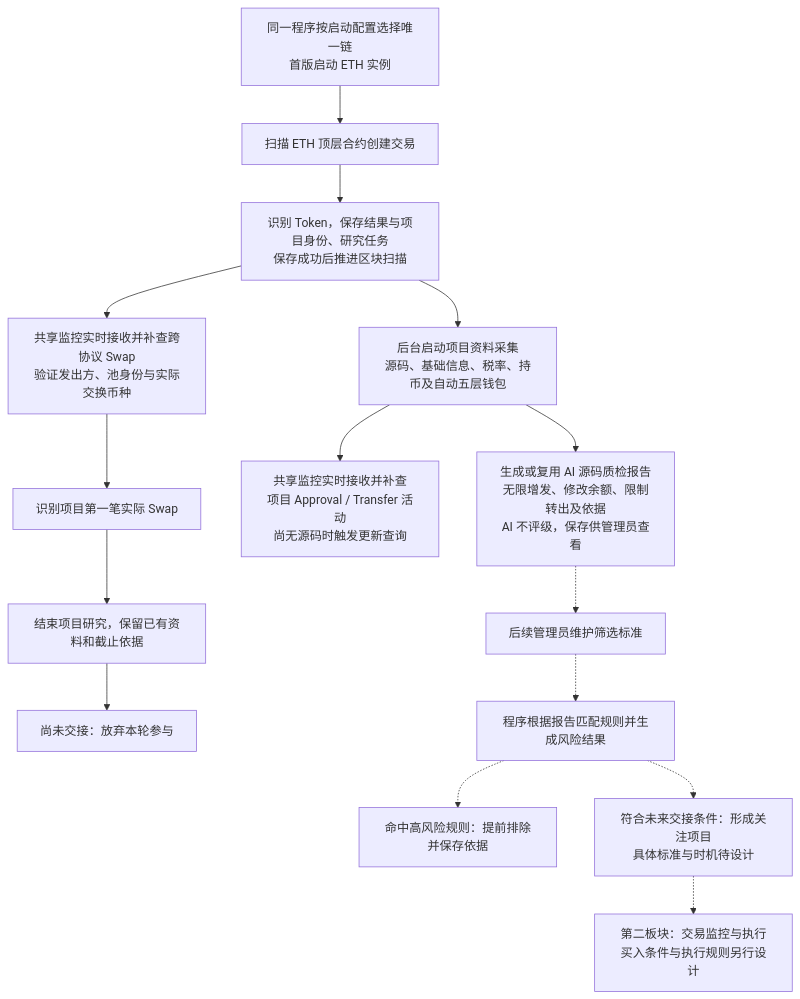
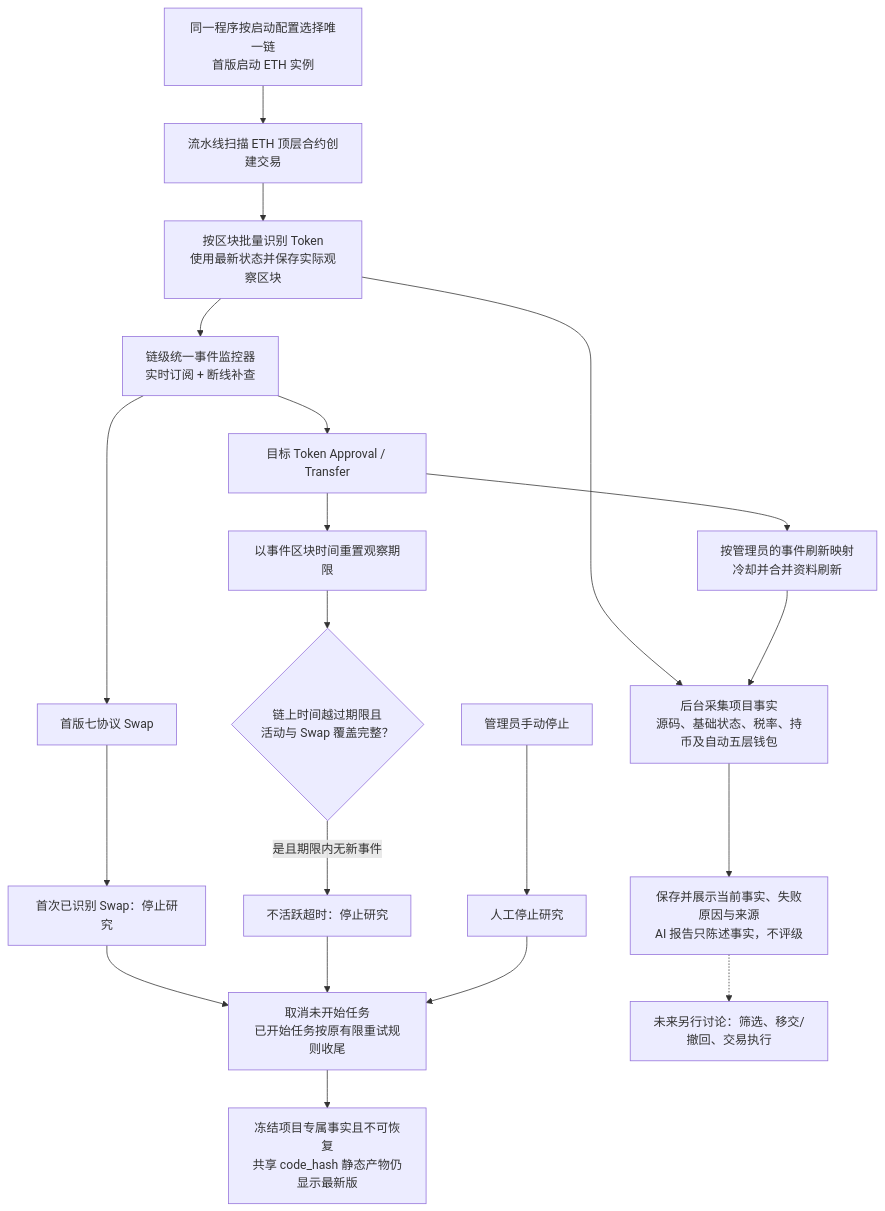
The diagram in docs/requirements/token/token-overall-flow.md (useryege/athena-o), drawn with Mermaid before and after one commit. The commit also changed other lines of this file and 14 other files, not shown here.

````diff
--- a/docs/requirements/token/token-overall-flow.md
+++ b/docs/requirements/token/token-overall-flow.md
@@ -11,17 +11,26 @@
 ```mermaid
 flowchart TD
-    runtime["同一程序按启动配置选择唯一链<br/>首版启动 ETH 实例"] --> deployed["扫描 ETH 顶层合约创建交易"]
-    deployed --> identify["识别 Token，保存结果与项目身份、研究任务<br/>保存成功后推进区块扫描"]
-    identify --> collect["后台启动项目资料采集<br/>源码、基础信息、税率、持币及自动五层钱包"]
-    collect --> report["生成或复用 AI 源码质检报告<br/>无限增发、修改余额、限制转出及依据<br/>AI 不评级，保存供管理员查看"]
-    collect --> activity["共享监控实时接收并补查<br/>项目 Approval / Transfer 活动<br/>尚无源码时触发更新查询"]
-    identify --> watch["共享监控实时接收并补查跨协议 Swap<br/>验证发出方、池身份与实际交换币种"]
-    watch --> first["识别项目第一笔实际 Swap"]
-    first --> stop["结束项目研究，保留已有资料和截止依据"]
-    stop --> notHanded["尚未交接：放弃本轮参与"]
-    report -.-> rules["后续管理员维护筛选标准"]
-    rules -.-> assess["程序根据报告匹配规则并生成风险结果"]
-    assess -.-> high["命中高风险规则：提前排除并保存依据"]
-    assess -.-> handoff["符合未来交接条件：形成关注项目<br/>具体标准与时机待设计"]
-    handoff -.-> execution["第二板块：交易监控与执行<br/>买入条件与执行规则另行设计"]
+    runtime["同一程序按启动配置选择唯一链<br/>首版启动 ETH 实例"] --> deployed["流水线扫描 ETH 顶层合约创建交易"]
+    deployed --> identify["按区块批量识别 Token<br/>使用最新状态并保存实际观察区块"]
+    identify --> collect["后台采集项目事实<br/>源码、基础状态、税率、持币及自动五层钱包"]
+    collect --> display["保存并展示当前事实、失败原因与来源<br/>AI 报告只陈述事实，不评级"]
+
+    identify --> monitor["链级统一事件监控器<br/>实时订阅 + 断线补查"]
+    monitor --> activity["目标 Token Approval / Transfer"]
+    activity --> renew["以事件区块时间重置观察期限"]
+    activity --> refresh["按管理员的事件刷新映射<br/>冷却并合并资料刷新"]
+    refresh --> collect
+
+    monitor --> swap["首版七协议 Swap"]
+    swap --> stopSwap["首次已识别 Swap：停止研究"]
+    renew --> timeout{"链上时间越过期限且<br/>活动与 Swap 覆盖完整？"}
+    timeout -->|是且期限内无新事件| stopTimeout["不活跃超时：停止研究"]
+    admin["管理员手动停止"] --> stopManual["人工停止研究"]
+
+    stopSwap --> settle["取消未开始任务<br/>已开始任务按原有限重试规则收尾"]
+    stopTimeout --> settle
+    stopManual --> settle
+    settle --> freeze["冻结项目专属事实且不可恢复<br/>共享 code_hash 静态产物仍显示最新版"]
+
+    display -.-> future["未来另行讨论：筛选、移交/撤回、交易执行"]
 ```
````
